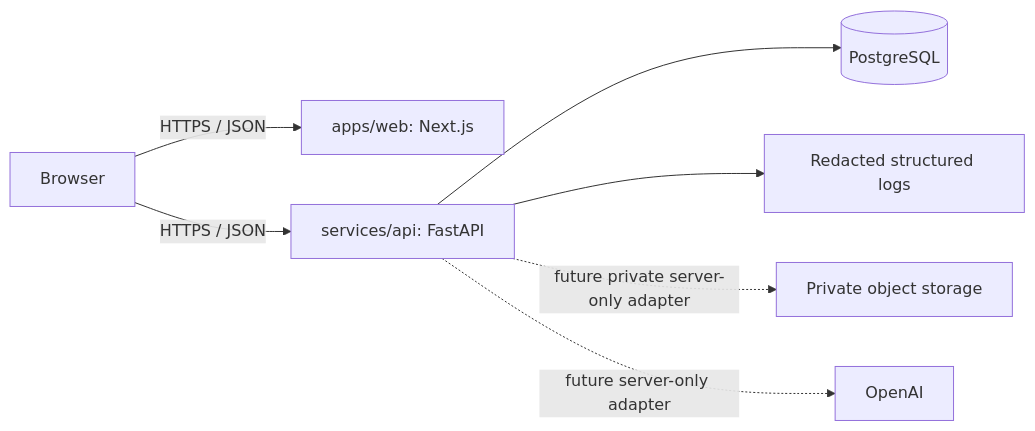
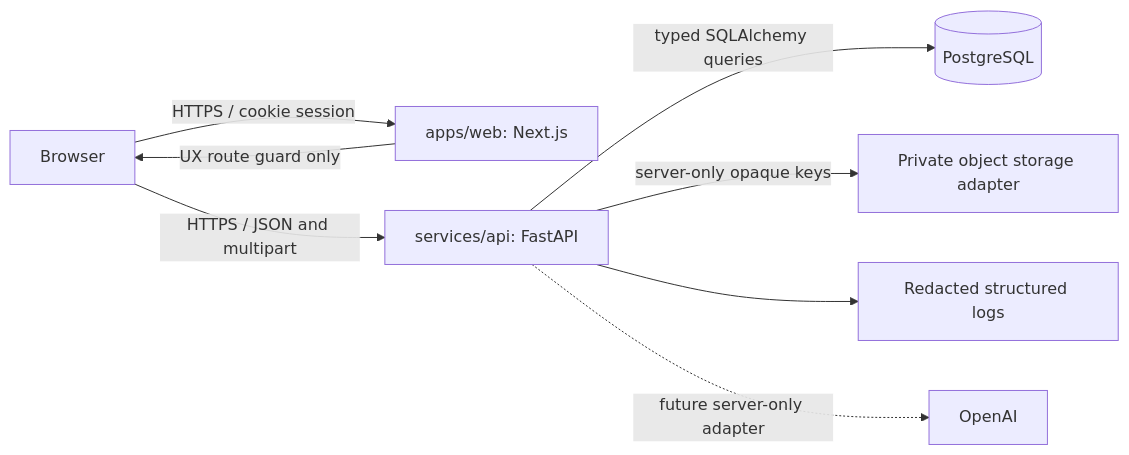
One commit to Adam-Ghanem/Cvmatcher changed the diagram in docs/architecture.md. Above: the diagram before and after it, drawn with Mermaid. The commit also changed other lines of this file and 43 other files, not shown here.

````diff
--- a/docs/architecture.md
+++ b/docs/architecture.md
@@ -7,9 +7,10 @@
 ```mermaid
 flowchart LR
-  Browser[Browser] -->|HTTPS / JSON| Web[apps/web: Next.js]
-  Browser -->|HTTPS / JSON| API[services/api: FastAPI]
-  API --> DB[(PostgreSQL)]
+  Browser[Browser] -->|HTTPS / cookie session| Web[apps/web: Next.js]
+  Browser -->|HTTPS / JSON and multipart| API[services/api: FastAPI]
+  Web -->|UX route guard only| Browser
+  API -->|typed SQLAlchemy queries| DB[(PostgreSQL)]
+  API -->|server-only opaque keys| Storage[Private object storage adapter]
   API --> Logs[Redacted structured logs]
-  API -. future private server-only adapter .-> Storage[Private object storage]
   API -. future server-only adapter .-> OpenAI[OpenAI]
 ```
````
